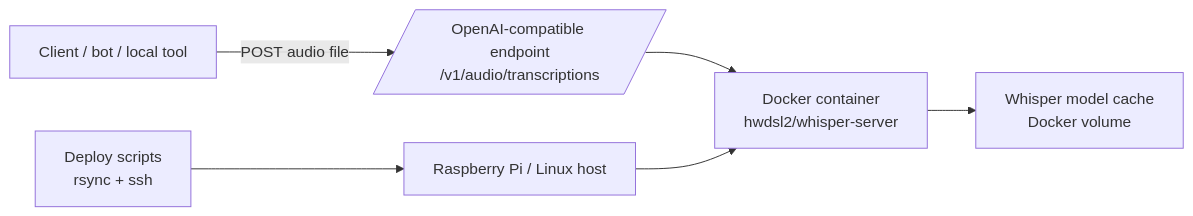
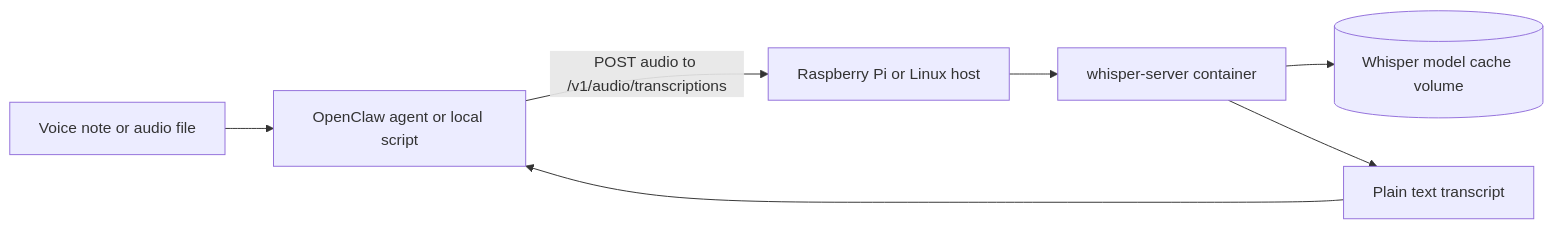
Before and after one commit to GanglyPuma22/transcription-server: the diagram in README.md, drawn with Mermaid. The commit also changed other lines of this file and 2 other files, not shown here.

````diff
--- a/README.md
+++ b/README.md
@@ -33,8 +13,9 @@
 ```mermaid
 flowchart LR
-    A[Client / bot / local tool] -->|POST audio file| B[/OpenAI-compatible endpoint\n/v1/audio/transcriptions/]
-    B --> C[Docker container\nhwdsl2/whisper-server]
-    C --> D[Whisper model cache\nDocker volume]
-    E[Deploy scripts\nrsync + ssh] --> F[Raspberry Pi / Linux host]
-    F --> C
+    A[Voice note or audio file] --> B[OpenClaw agent or local script]
+    B -->|POST audio to /v1/audio/transcriptions| C[Raspberry Pi or Linux host]
+    C --> D[whisper-server container]
+    D --> E[(Whisper model cache volume)]
+    D --> F[Plain text transcript]
+    F --> B
 ```
````
